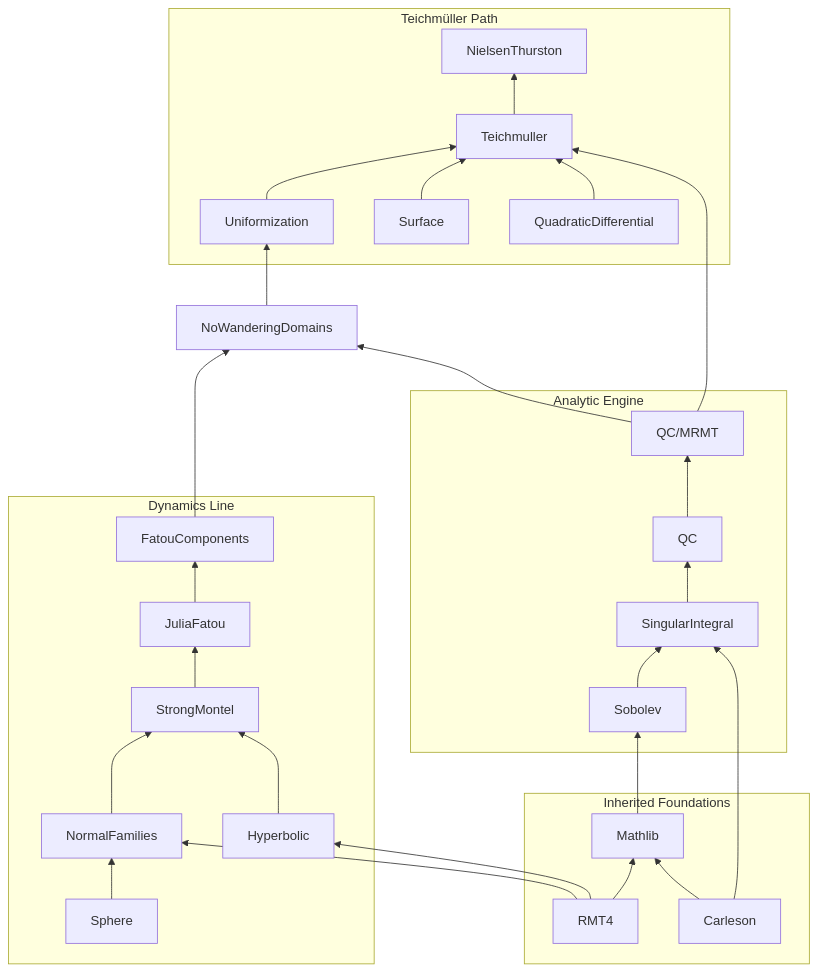
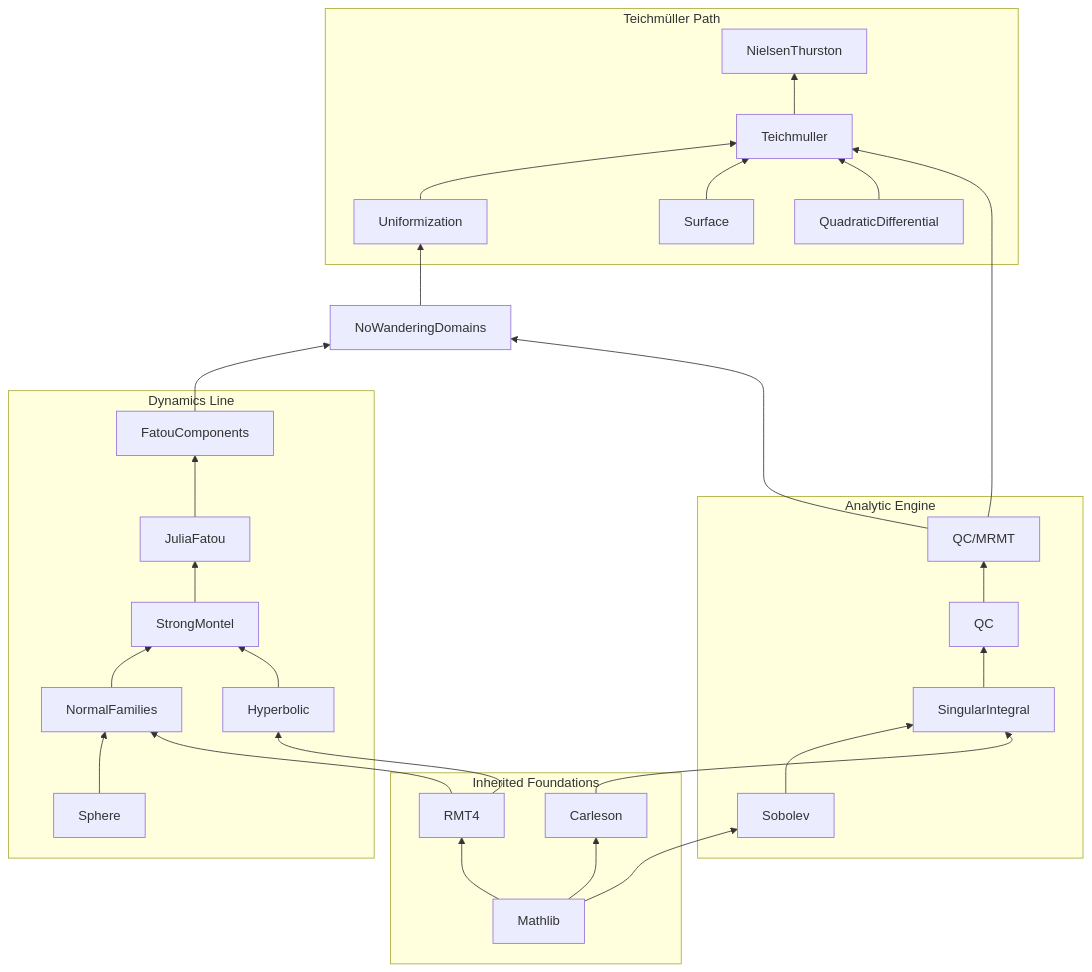
Before and after one commit to will1491/RiemannDynamics: the diagram in README.md, drawn with Mermaid.

````diff
--- a/README.md
+++ b/README.md
@@ -14,61 +14,61 @@
 ```mermaid
 flowchart BT
     subgraph Foundations [Inherited Foundations]
         DirMathlib[Mathlib]
         DirRMT4[RMT4]
         DirCarleson[Carleson]
-        DirRMT4 --> DirMathlib
-        DirCarleson --> DirMathlib
+        DirMathlib --> DirRMT4
+        DirMathlib --> DirCarleson
     end
 
     subgraph DynamicsLine [Dynamics Line]
         DirSphere[Sphere]
         DirNF[NormalFamilies]
         DirHyp[Hyperbolic]
         DirSM[StrongMontel]
         DirJF[JuliaFatou]
         DirFC[FatouComponents]
 
         DirSphere --> DirNF
         DirNF --> DirSM
         DirHyp --> DirSM
         DirSM --> DirJF
         DirJF --> DirFC
     end
 
     subgraph AnalyticEngine [Analytic Engine]
         DirSob[Sobolev]
         DirSI[SingularIntegral]
         DirQC[QC]
         DirMRMT[QC/MRMT]
 
         DirSob --> DirSI
         DirSI --> DirQC
         DirQC --> DirMRMT
     end
 
     DirNWD[NoWanderingDomains]
     DirFC --> DirNWD
     DirMRMT --> DirNWD
 
     subgraph TeichPath [Teichmüller Path]
         DirUnif[Uniformization]
         DirSurf[Surface]
         DirTeich[Teichmuller]
         DirQD[QuadraticDifferential]
         DirNT[NielsenThurston]
 
         DirUnif --> DirTeich
         DirSurf --> DirTeich
         DirQD --> DirTeich
         DirTeich --> DirNT
     end
 
     DirNWD --> DirUnif
     DirMRMT --> DirTeich
 
     DirRMT4 --> DirNF
     DirRMT4 --> DirHyp
     DirMathlib --> DirSob
     DirCarleson --> DirSI
 ```
````
